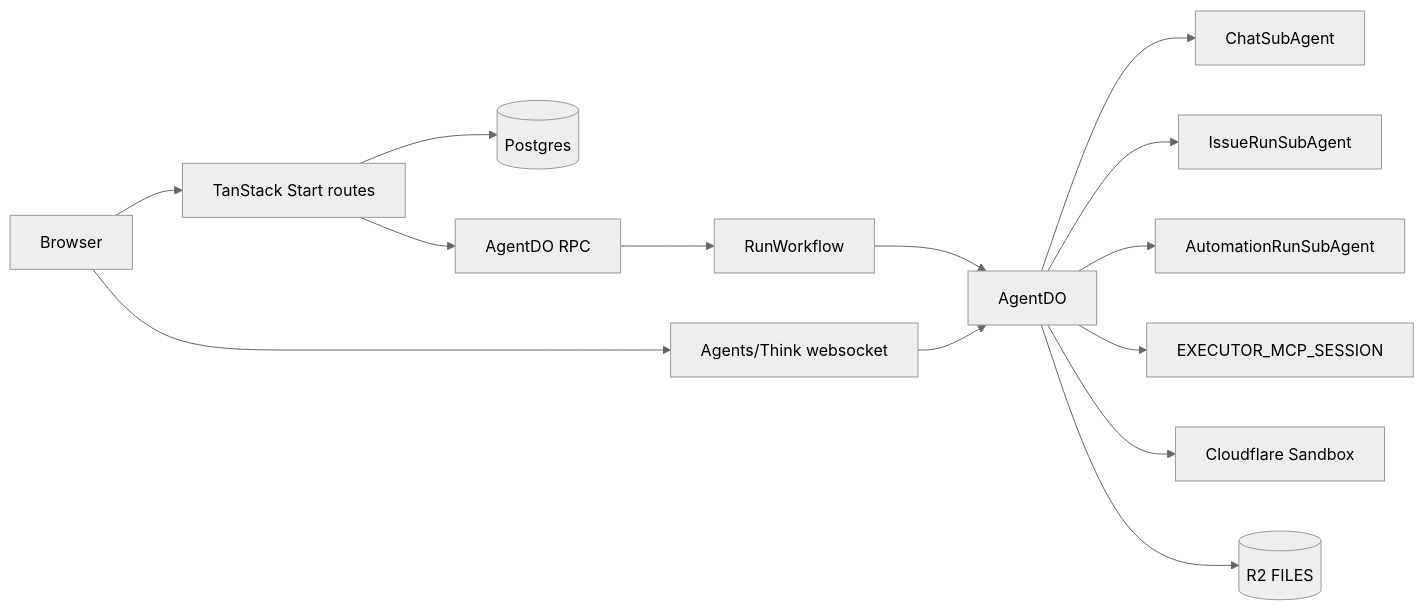
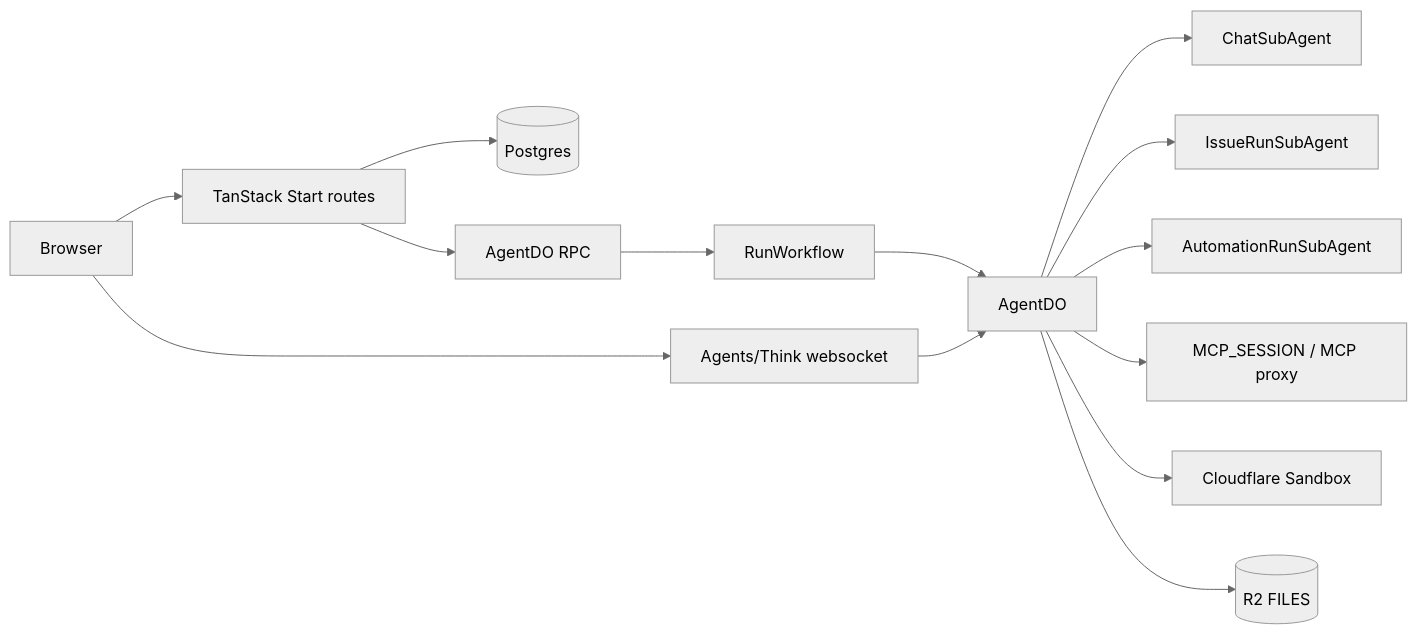
Before and after one commit to Flow-Research/garden: the diagram in docs/core/technical.md, drawn with Mermaid (neutral theme). The commit also changed other lines of this file and 331 other files, not shown here.

````diff
--- a/docs/core/technical.md
+++ b/docs/core/technical.md
@@ -17,16 +17,16 @@
 ```mermaid
 flowchart LR
   Browser --> Start[TanStack Start routes]
   Start --> PG[(Postgres)]
   Browser --> AgentWS[Agents/Think websocket]
   AgentWS --> AgentDO[AgentDO]
   AgentDO --> Chat[ChatSubAgent]
   AgentDO --> Issue[IssueRunSubAgent]
   AgentDO --> Automation[AutomationRunSubAgent]
   Start --> AgentRPC[AgentDO RPC]
   AgentRPC --> Workflow[RunWorkflow]
   Workflow --> AgentDO
-  AgentDO --> MCP[EXECUTOR_MCP_SESSION]
+  AgentDO --> MCP[MCP_SESSION / MCP proxy]
   AgentDO --> Sandbox[Cloudflare Sandbox]
   AgentDO --> R2[(R2 FILES)]
 ```
````
